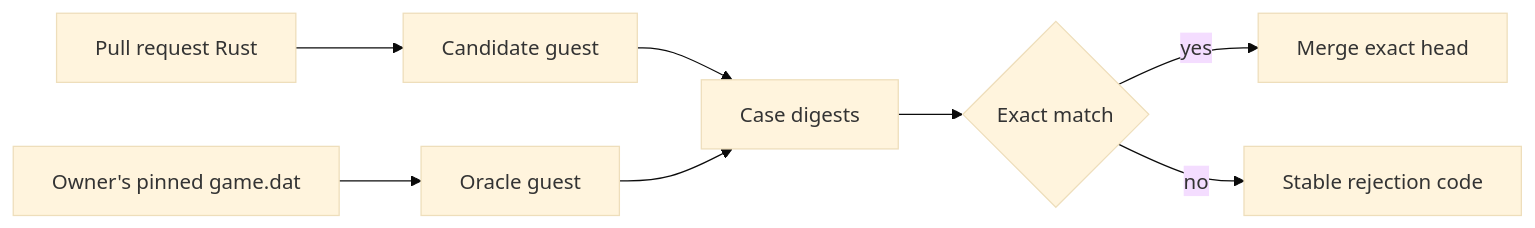
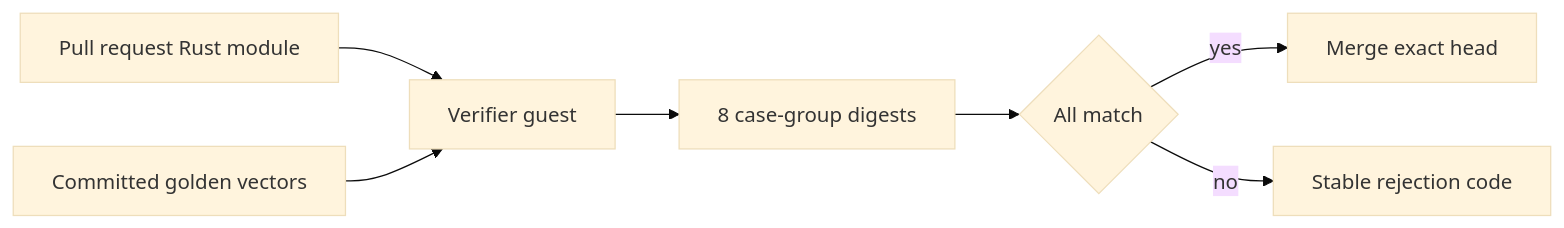
The diagram in README.md (NoUDerp/sage-recomp), drawn with Mermaid (base theme) before and after one commit. The commit also changed other lines of this file and 110 other files, not shown here.

````diff
--- a/README.md
+++ b/README.md
@@ -79,10 +102,9 @@
 ```mermaid
 flowchart LR
-    P[Pull request Rust] --> C[Candidate guest]
-    T[Owner's pinned game.dat] --> O[Oracle guest]
-    C --> D[Case digests]
-    O --> D
-    D --> M{Exact match}
-    M -->|yes| G[Merge exact head]
+    P[Pull request Rust module] --> C[Verifier guest]
+    G[Committed golden vectors] --> C
+    C --> D[8 case-group digests]
+    D --> M{All match}
+    M -->|yes| A[Merge exact head]
     M -->|no| R[Stable rejection code]
 ```
````
